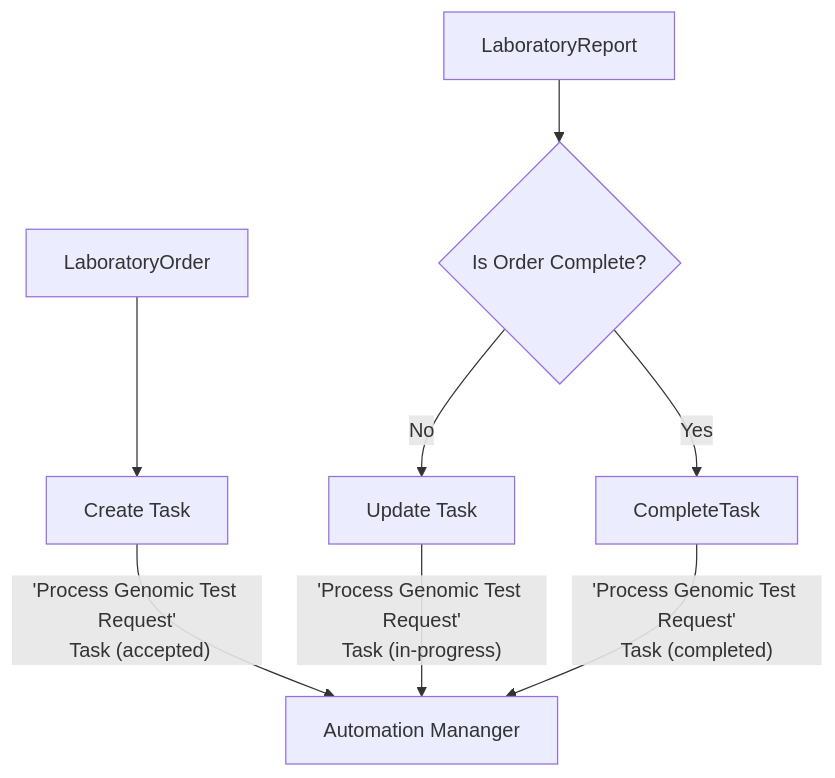
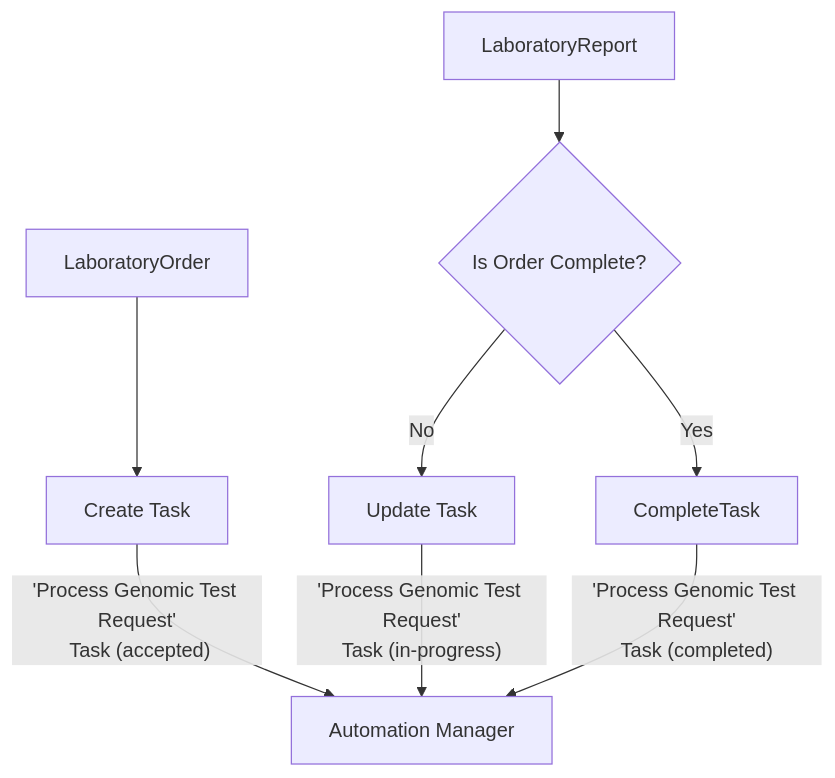
The first of 2 diagrams in input/pagecontent/StructureDefinition-Task-intro.md (nw-gmsa/nw-gmsa.github.com), drawn with Mermaid before and after one commit. The commit also changed other lines of this file and 16 other files, not shown here.

````diff
--- a/input/pagecontent/StructureDefinition-Task-intro.md
+++ b/input/pagecontent/StructureDefinition-Task-intro.md
@@ -17,11 +17,11 @@
 ```mermaid
 graph TD
     LaboratoryOrder --> CreateTask[Create Task]
-    CreateTask --> |"'Process Genomic Test Request'<br/> Task (accepted)"| AutomationMananger[Automation Mananger] 
+    CreateTask --> |"'Process Genomic Test Request'<br/> Task (accepted)"| AutomationManager[Automation Manager] 
 
-    UpdateTask --> |"'Process Genomic Test Request'<br/>Task (in-progress)"| AutomationMananger
+    UpdateTask --> |"'Process Genomic Test Request'<br/>Task (in-progress)"| AutomationManager
     LaboratoryReport --> IsOrderComplete{Is Order Complete?}
     IsOrderComplete --> |Yes| CompleteTask
     IsOrderComplete -->  |No| UpdateTask[Update Task]
-    CompleteTask -->  |"'Process Genomic Test Request'<br/>Task (completed)"| AutomationMananger
+    CompleteTask -->  |"'Process Genomic Test Request'<br/>Task (completed)"| AutomationManager
 ```
````
